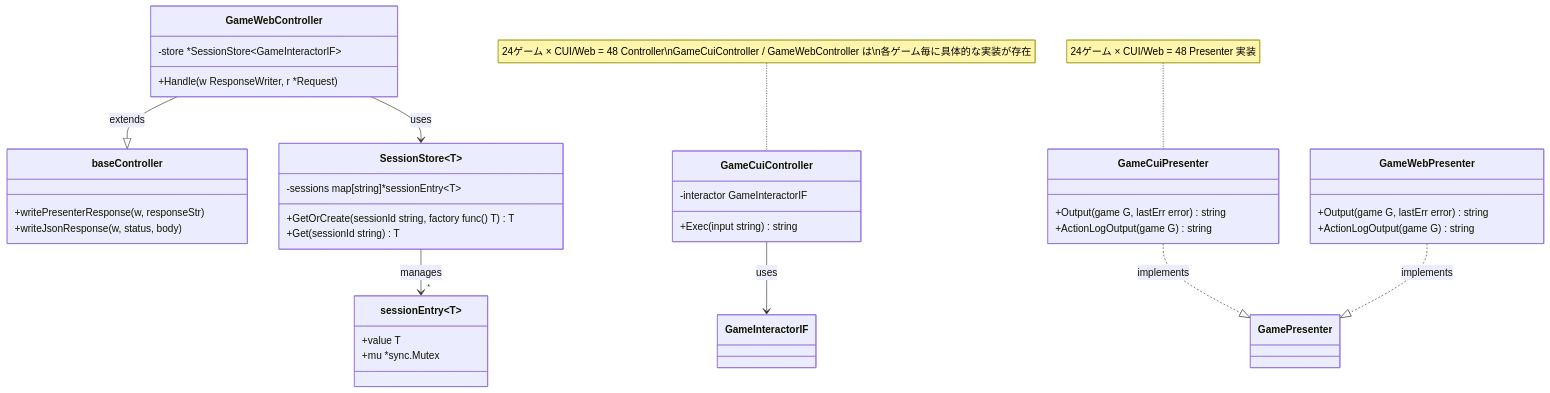
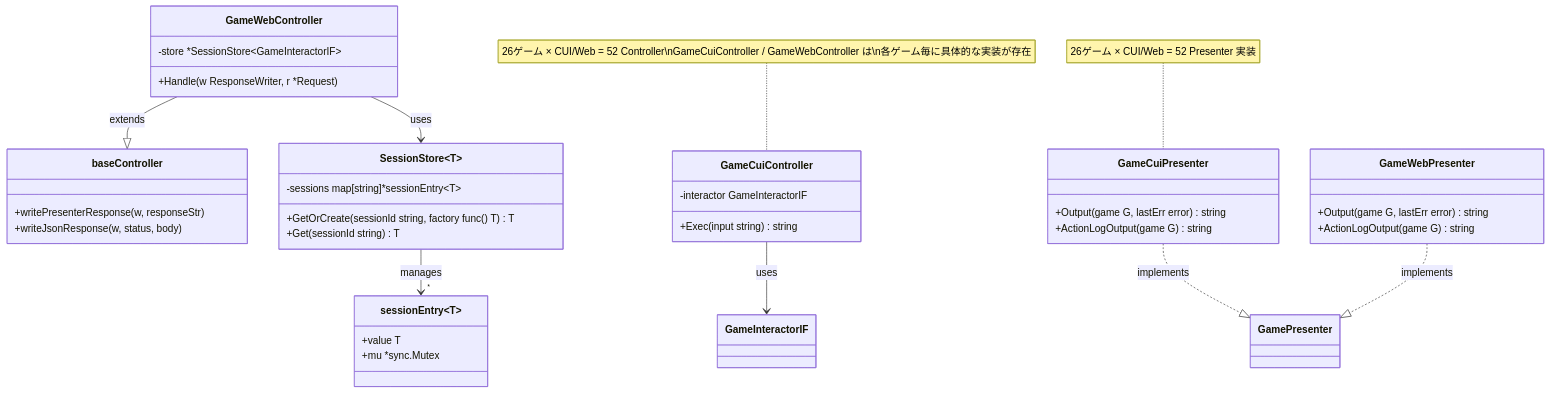
One commit to yuta-yoshinaga/go_trumpcards changed the tenth of 31 diagrams in docs/design/backend.md. Above: the diagram before and after it, drawn with Mermaid. The commit also changed other lines of this file and 1 other file, not shown here.

First line of the commit message:
docs: sync UML design documents with 26-game codebase

````diff
--- a/docs/design/backend.md
+++ b/docs/design/backend.md
@@ -769,48 +770,48 @@
 ```mermaid
 classDiagram
     class baseController {
         +writePresenterResponse(w, responseStr)
         +writeJsonResponse(w, status, body)
     }
 
     class SessionStore~T~ {
         -sessions map[string]*sessionEntry~T~
         +GetOrCreate(sessionId string, factory func() T) T
         +Get(sessionId string) T
     }
 
     class sessionEntry~T~ {
         +value T
         +mu *sync.Mutex
     }
 
     class GameCuiController {
         -interactor GameInteractorIF
         +Exec(input string) string
     }
 
     class GameWebController {
         -store *SessionStore~GameInteractorIF~
         +Handle(w ResponseWriter, r *Request)
     }
 
     class GameCuiPresenter {
         +Output(game G, lastErr error) string
         +ActionLogOutput(game G) string
     }
 
     class GameWebPresenter {
         +Output(game G, lastErr error) string
         +ActionLogOutput(game G) string
     }
 
     GameWebController --|> baseController : extends
     GameWebController --> SessionStore : uses
     SessionStore --> "*" sessionEntry : manages
     GameCuiController --> GameInteractorIF : uses
     GameCuiPresenter ..|> GamePresenter : implements
     GameWebPresenter ..|> GamePresenter : implements
 
-    note for GameCuiController "24ゲーム × CUI/Web = 48 Controller\nGameCuiController / GameWebController は\n各ゲーム毎に具体的な実装が存在"
-    note for GameCuiPresenter "24ゲーム × CUI/Web = 48 Presenter 実装"
+    note for GameCuiController "26ゲーム × CUI/Web = 52 Controller\nGameCuiController / GameWebController は\n各ゲーム毎に具体的な実装が存在"
+    note for GameCuiPresenter "26ゲーム × CUI/Web = 52 Presenter 実装"
 ```
````
